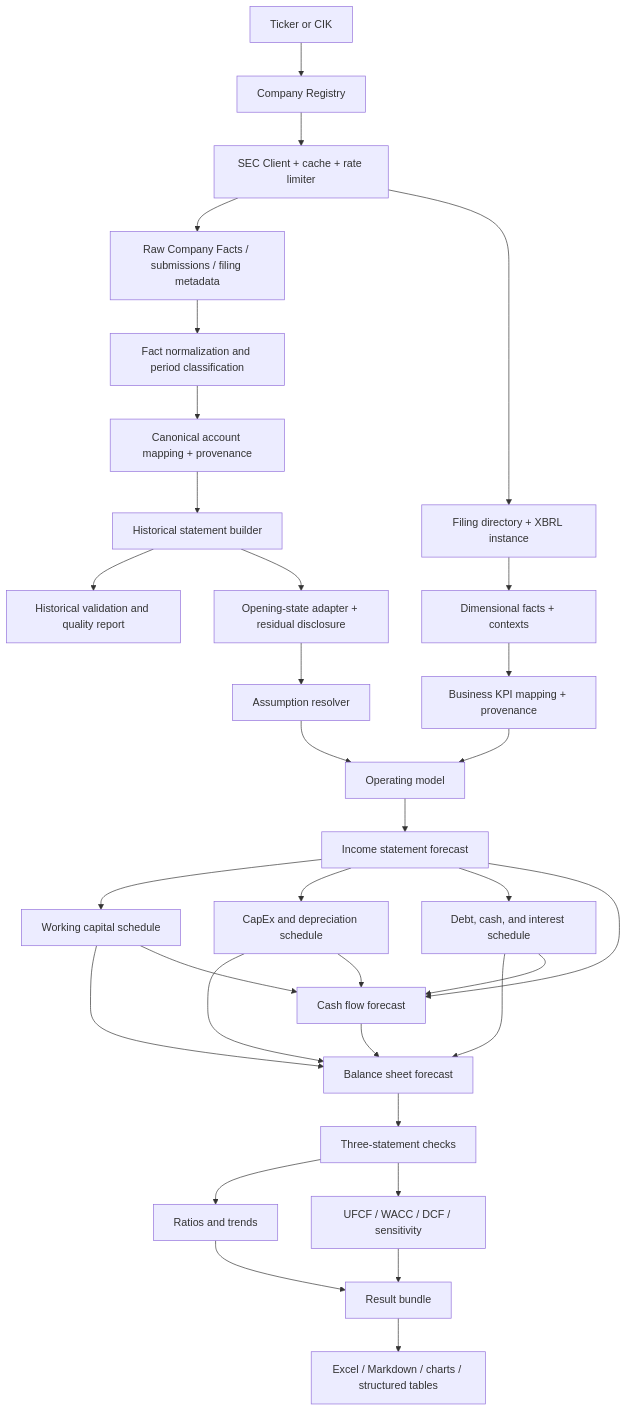
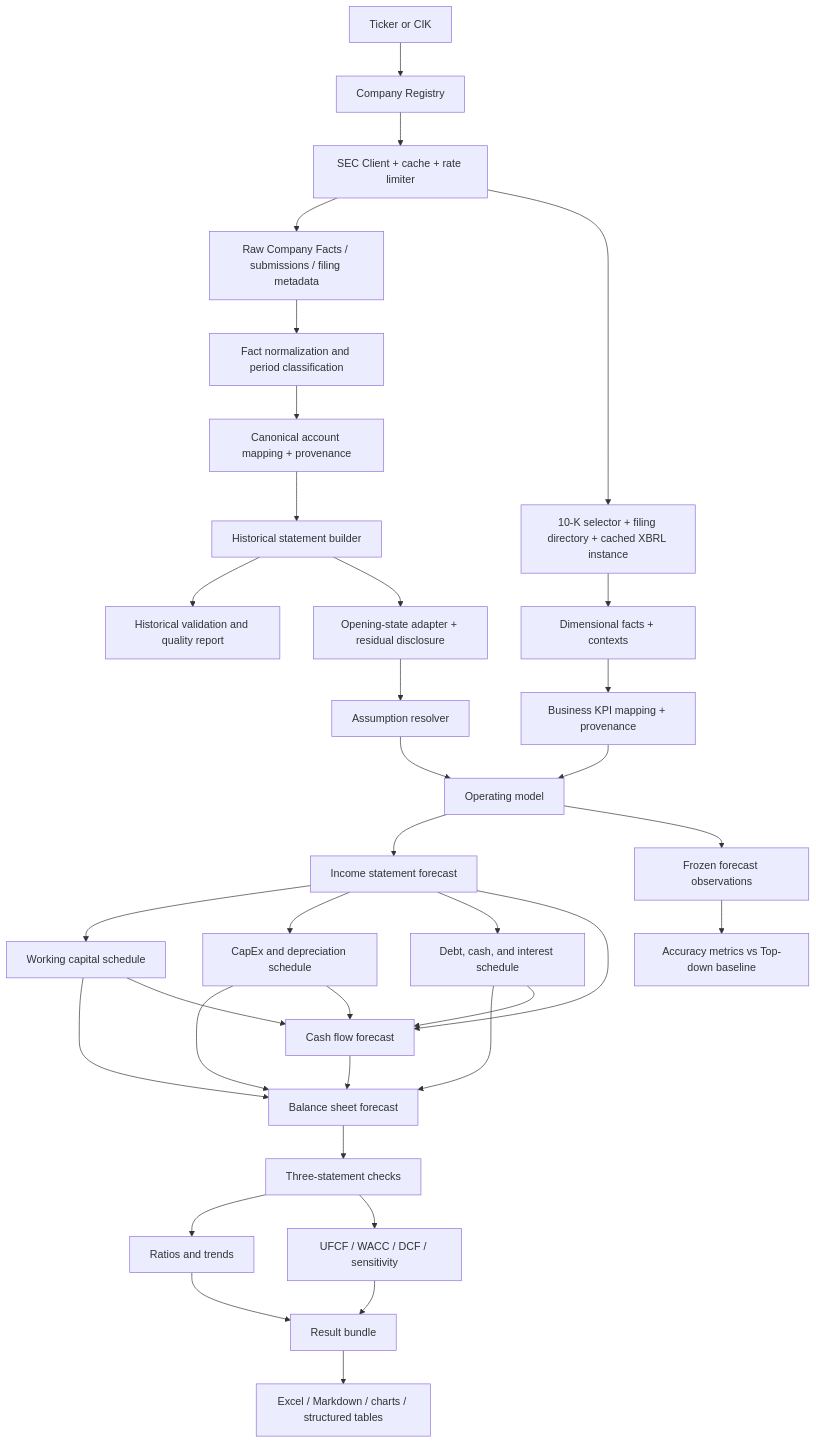
Before and after one commit to Ryanpanda49/financial-modelling-valuation: the diagram in docs/architecture.md, drawn with Mermaid. The commit also changed 25 other files, not shown here.

Commit message:
Add live filing instances and forecast backtesting

````diff
--- a/docs/architecture.md
+++ b/docs/architecture.md
@@ -33,35 +33,37 @@
 ```mermaid
 flowchart TD
     A["Ticker or CIK"] --> B["Company Registry"]
     B --> C["SEC Client + cache + rate limiter"]
     C --> D["Raw Company Facts / submissions / filing metadata"]
-    C --> DX["Filing directory + XBRL instance"]
+    C --> DX["10-K selector + filing directory + cached XBRL instance"]
     DX --> DY["Dimensional facts + contexts"]
     DY --> DZ["Business KPI mapping + provenance"]
     D --> E["Fact normalization and period classification"]
     E --> F["Canonical account mapping + provenance"]
     F --> G["Historical statement builder"]
     G --> H["Historical validation and quality report"]
     G --> V["Opening-state adapter + residual disclosure"]
     V --> I["Assumption resolver"]
     DZ --> J
     I --> J["Operating model"]
     J --> K["Income statement forecast"]
     K --> L["Working capital schedule"]
     K --> M["CapEx and depreciation schedule"]
     K --> N["Debt, cash, and interest schedule"]
     L --> O["Balance sheet forecast"]
     M --> O
     N --> O
     K --> P["Cash flow forecast"]
     L --> P
     M --> P
     N --> P
     P --> O
     O --> Q["Three-statement checks"]
     Q --> R["Ratios and trends"]
     Q --> S["UFCF / WACC / DCF / sensitivity"]
     R --> T["Result bundle"]
     S --> T
     T --> U["Excel / Markdown / charts / structured tables"]
+    J --> BT["Frozen forecast observations"]
+    BT --> BR["Accuracy metrics vs Top-down baseline"]
 ```
````
